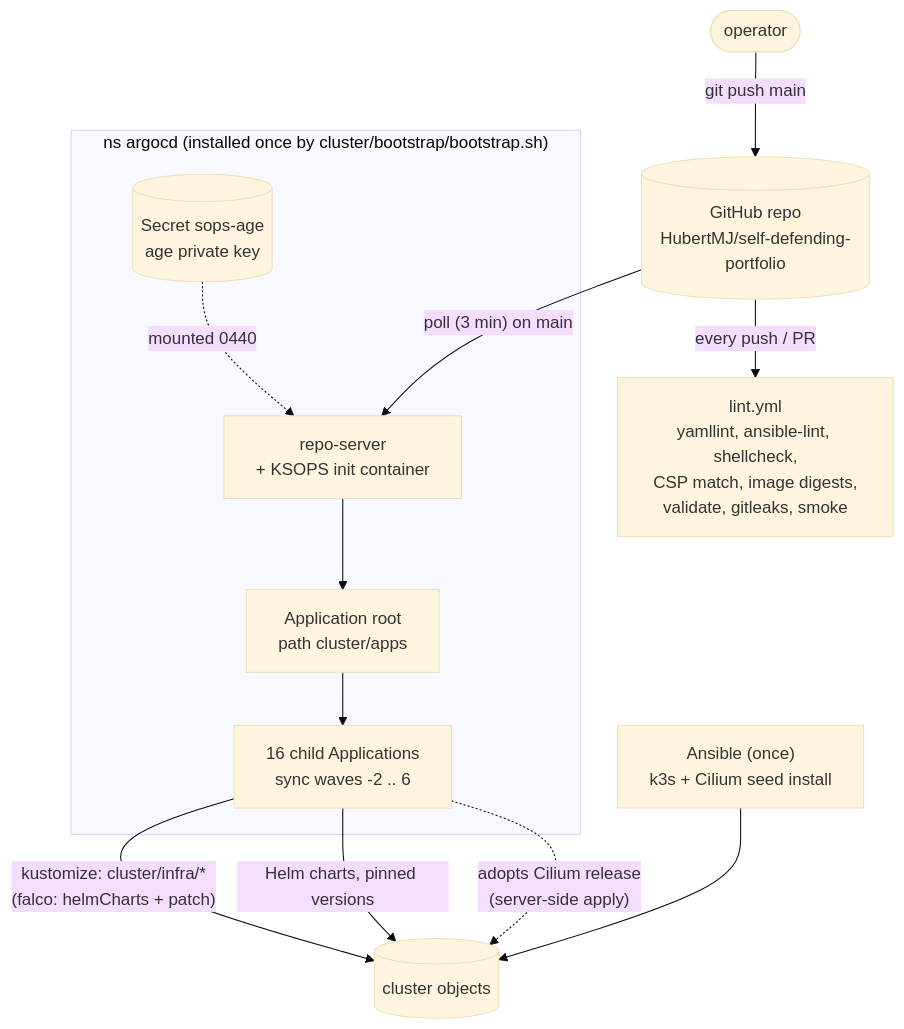
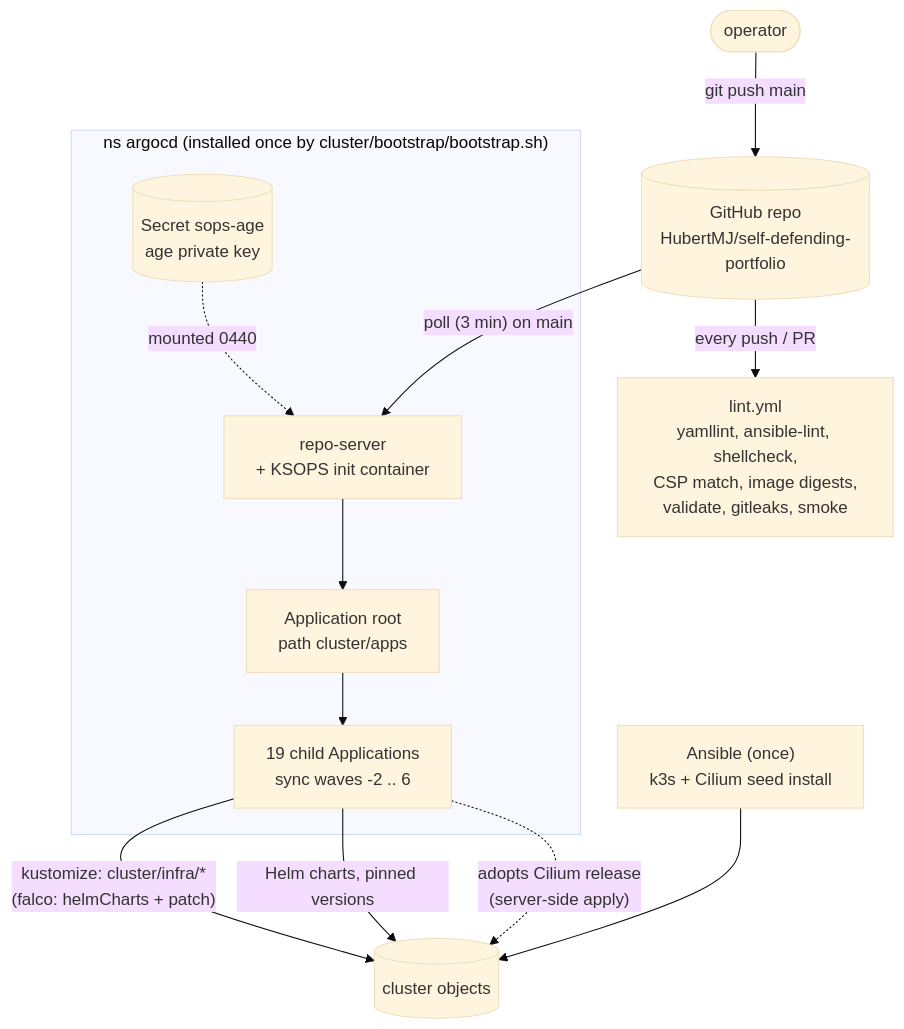
One commit to HubertMJ/self-defending-portfolio changed the second of 6 diagrams in docs/architecture/README.md. Above: the diagram before and after it, drawn with Mermaid (base theme). The commit also changed 18 other files, not shown here.

First line of the commit message:
web: review fixes - page-safe diagram model, group role, SIEM state kept, tour rules, tests the ADR names

````diff
--- a/docs/architecture/README.md
+++ b/docs/architecture/README.md
@@ -100,18 +100,18 @@
 ```mermaid
 flowchart TB
     DEV([operator]) -- "git push main" --> GH[("GitHub repo<br/>HubertMJ/self-defending-portfolio")]
     GH -- "every push / PR" --> CI["lint.yml<br/>yamllint, ansible-lint, shellcheck,<br/>CSP match, image digests,<br/>validate, gitleaks, smoke"]
     subgraph NS_ARGO["ns argocd (installed once by cluster/bootstrap/bootstrap.sh)"]
         ROOT["Application root<br/>path cluster/apps"]
         RS["repo-server<br/>+ KSOPS init container"]
         AGE[("Secret sops-age<br/>age private key")]
-        APPS["16 child Applications<br/>sync waves -2 .. 6"]
+        APPS["19 child Applications<br/>sync waves -2 .. 6"]
     end
     GH -- "poll (3 min) on main" --> RS
     AGE -. "mounted 0440" .-> RS
     RS --> ROOT --> APPS
     APPS -- "kustomize: cluster/infra/*<br/>(falco: helmCharts + patch)" --> K8S[("cluster objects")]
     APPS -- "Helm charts, pinned versions" --> K8S
     ANS["Ansible (once)<br/>k3s + Cilium seed install"] --> K8S
     APPS -. "adopts Cilium release<br/>(server-side apply)" .-> K8S
 ```
````
